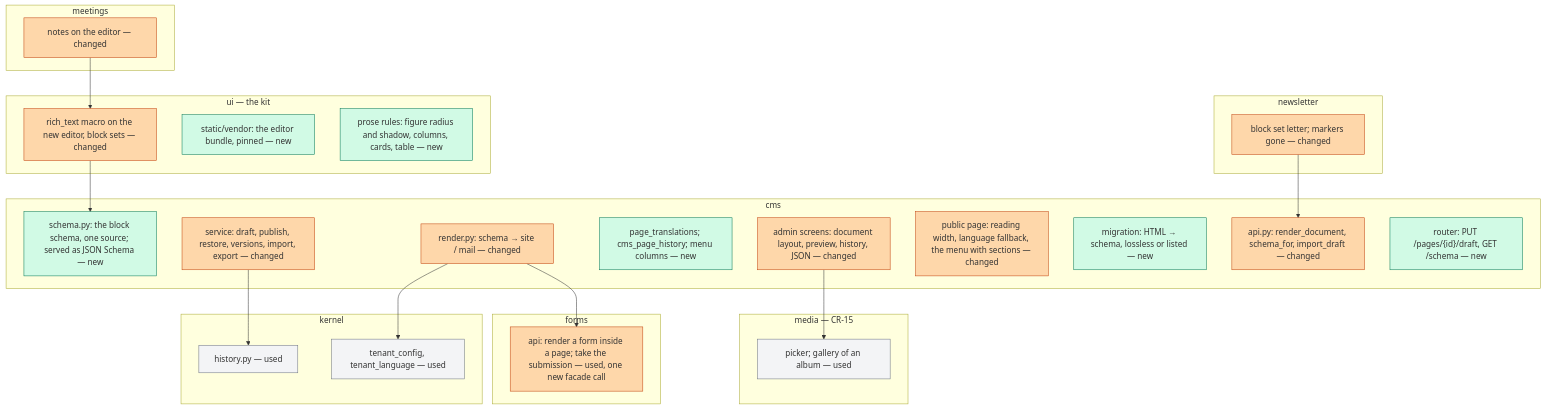
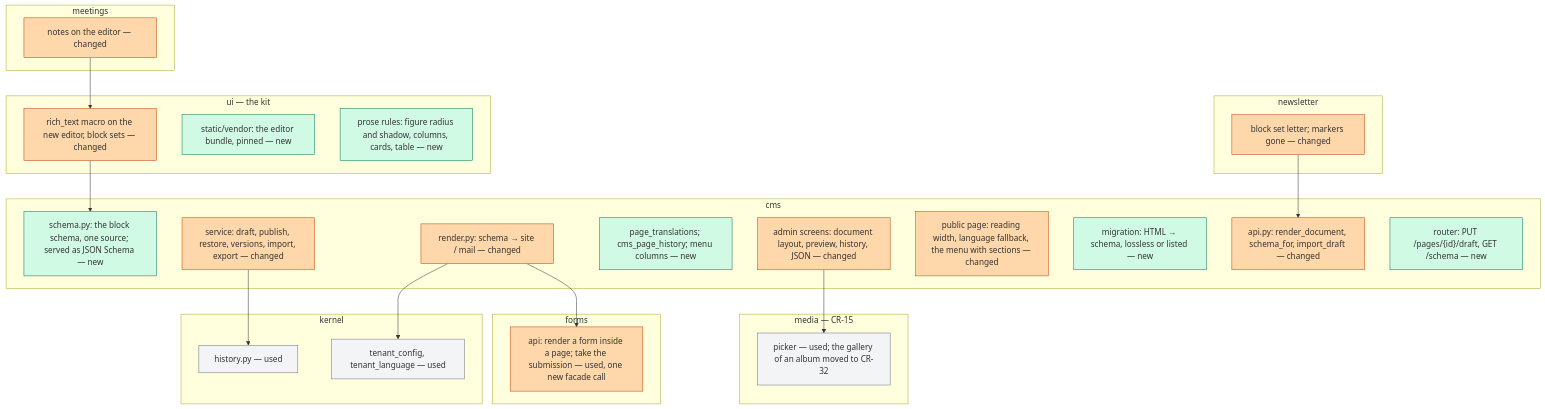
The fourth of 5 diagrams in docs/change_request_17_web_content.md (KoenRenders/KoenTest), drawn with Mermaid before and after one commit. The commit also changed other lines of this file, not shown here.

First line of the commit message:
docs(cr-17): the status line, the order under B6 and the diagram follow the move of phase 5 to CR-32

````diff
--- a/docs/change_request_17_web_content.md
+++ b/docs/change_request_17_web_content.md
@@ -259,45 +259,45 @@
 ```mermaid
 flowchart TB
   subgraph kit[ui — the kit]
     k1[rich_text macro on the new editor, block sets — changed]:::chg
     k2[static/vendor: the editor bundle, pinned — new]:::new
     k3[prose rules: figure radius and shadow, columns, cards, table — new]:::new
   end
   subgraph cms[cms]
     c1[schema.py: the block schema, one source; served as JSON Schema — new]:::new
     c2[render.py: schema → site / mail — changed]:::chg
     c3[service: draft, publish, restore, versions, import, export — changed]:::chg
     c4[page_translations; cms_page_history; menu columns — new]:::new
     c5[admin screens: document layout, preview, history, JSON — changed]:::chg
     c6[public page: reading width, language fallback, the menu with sections — changed]:::chg
     c7[migration: HTML → schema, lossless or listed — new]:::new
     c8[api.py: render_document, schema_for, import_draft — changed]:::chg
     c9["router: PUT /pages/{id}/draft, GET /schema — new"]:::new
   end
   subgraph media[media — CR-15]
-    m1[picker; gallery of an album — used]:::used
+    m1[picker — used; the gallery of an album moved to CR-32]:::used
   end
   subgraph forms[forms]
     f1[api: render a form inside a page; take the submission — used, one new facade call]:::chg
   end
   subgraph nl[newsletter]
     n1[block set letter; markers gone — changed]:::chg
   end
   subgraph mt[meetings]
     t1[notes on the editor — changed]:::chg
   end
   subgraph kernel[kernel]
     h1[history.py — used]:::used
     h2[tenant_config, tenant_language — used]:::used
   end
   k1 --> c1
   c2 --> h2
   c3 --> h1
   c2 --> f1
   n1 --> c8
   t1 --> k1
   c5 --> m1
   classDef new fill:#d1fae5,stroke:#047857
   classDef chg fill:#fed7aa,stroke:#c2410c
   classDef used fill:#f3f4f6,stroke:#6b7280
 ```
````
